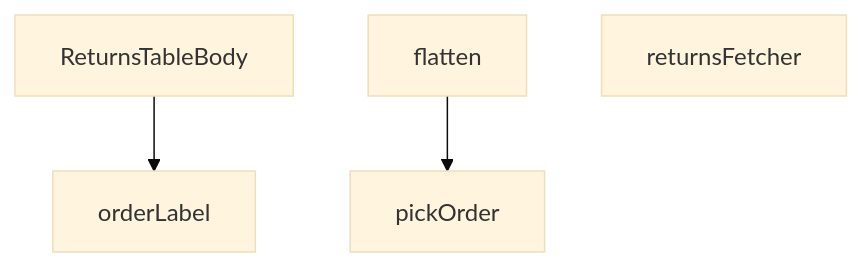
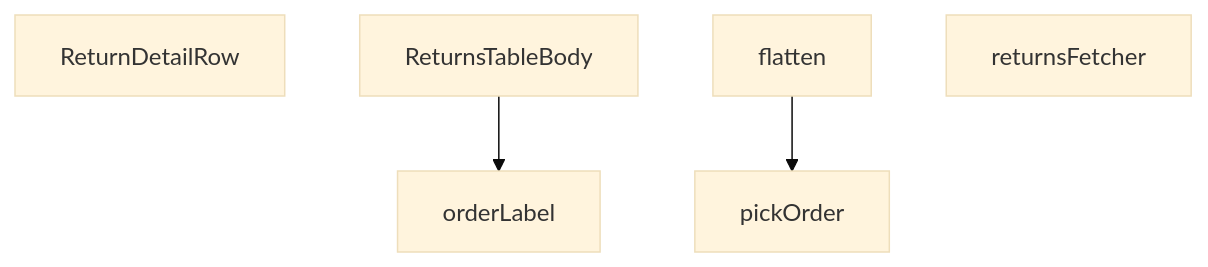
One commit to peckop/venthub-hvac-esite changed the diagram in src/views/admin/ReturnsTableBody.md. Above: the diagram before and after it, drawn with Mermaid (base theme). The commit also changed other lines of this file and 7 other files, not shown here.

````diff
--- a/src/views/admin/ReturnsTableBody.md
+++ b/src/views/admin/ReturnsTableBody.md
@@ -187,10 +506,11 @@
 ```mermaid
 graph TD
+    ReturnsTableBody_tsx__ReturnDetailRow["ReturnDetailRow"]
     ReturnsTableBody_tsx__ReturnsTableBody["ReturnsTableBody"]
     ReturnsTableBody_tsx__flatten["flatten"]
     ReturnsTableBody_tsx__orderLabel["orderLabel"]
     ReturnsTableBody_tsx__pickOrder["pickOrder"]
     ReturnsTableBody_tsx__returnsFetcher["returnsFetcher"]
     ReturnsTableBody_tsx__flatten --> ReturnsTableBody_tsx__pickOrder
     ReturnsTableBody_tsx__ReturnsTableBody --> ReturnsTableBody_tsx__orderLabel
 ```
````
